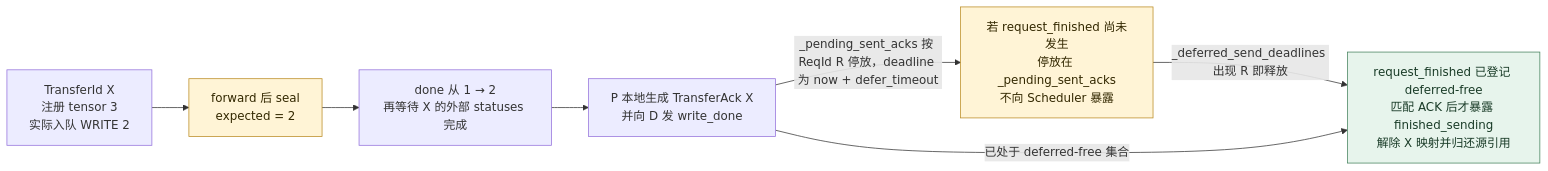
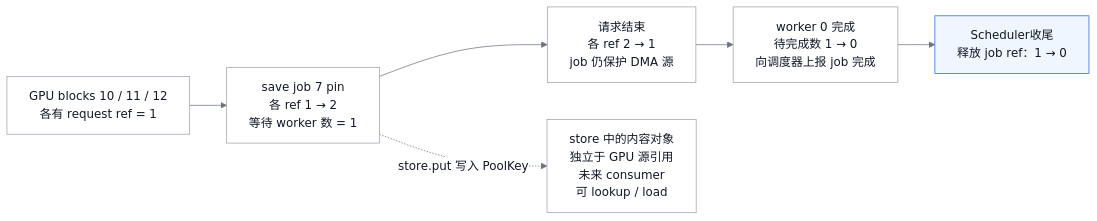
One commit to suhaibo666/llm-knowledge changed the ninth of 10 diagrams in wiki/02_engineering/03_infer_frameworks/vllm/22_vllm_disaggregated_kv_serving_analysis.md. Above: the diagram before and after it, drawn with Mermaid. The commit also changed other lines of this file and 11 other files, not shown here.

````diff
--- a/wiki/02_engineering/03_infer_frameworks/vllm/22_vllm_disaggregated_kv_serving_analysis.md
+++ b/wiki/02_engineering/03_infer_frameworks/vllm/22_vllm_disaggregated_kv_serving_analysis.md
@@ -497,17 +604,16 @@
 ```mermaid
+%%{init: {"theme":"base","themeVariables":{"primaryColor":"#ffffff","primaryTextColor":"#111827","primaryBorderColor":"#9ca3af","secondaryColor":"#f9fafb","tertiaryColor":"#f9fafb","lineColor":"#6b7280","clusterBkg":"#f9fafb","clusterBorder":"#9ca3af","edgeLabelBackground":"#ffffff","actorBkg":"#ffffff","actorBorder":"#9ca3af","actorTextColor":"#111827","actorLineColor":"#9ca3af","signalColor":"#374151","signalTextColor":"#111827","noteBkgColor":"#fff7ed","noteBorderColor":"#ea580c","noteTextColor":"#111827","labelBoxBkgColor":"#f9fafb","labelBoxBorderColor":"#9ca3af","labelTextColor":"#111827","loopTextColor":"#111827"}}}%%
 flowchart LR
-  Q["TransferId X<br/>注册 tensor 3<br/>实际入队 WRITE 2"]
-  S["forward 后 seal<br/>expected = 2"]
-  W["done 从 1 → 2<br/>再等待 X 的外部 statuses 完成"]
-  A["P 本地生成 TransferAck X<br/>并向 D 发 write_done"]
-  E["若 request_finished 尚未发生<br/>停放在 _pending_sent_acks<br/>不向 Scheduler 暴露"]
-  F["request_finished 已登记 deferred-free<br/>匹配 ACK 后才暴露 finished_sending<br/>解除 X 映射并归还源引用"]
-  Q --> S --> W --> A
-  A -->|_pending_sent_acks 按 ReqId R 停放，deadline 为 now + defer_timeout| E
-  E -->|_deferred_send_deadlines 出现 R 即释放| F
-  A -->|已处于 deferred-free 集合| F
-  classDef pending fill:#fff4d6,stroke:#ba8b21,color:#332800;
-  classDef done fill:#e7f4ec,stroke:#43815c,color:#193b27;
-  class S,E pending;
-  class F done;
+  A["GPU blocks 10 / 11 / 12<br/>各有 request ref = 1"]
+  B["save job 7 pin<br/>各 ref 1 → 2<br/>等待 worker 数 = 1"]
+  C["请求结束<br/>各 ref 2 → 1<br/>job 仍保护 DMA 源"]
+  D["worker 0 完成<br/>待完成数 1 → 0<br/>向调度器上报 job 完成"]
+  E["Scheduler收尾<br/>释放 job ref：1 → 0"]
+  O["store 中的内容对象<br/>独立于 GPU 源引用<br/>未来 consumer<br/>可 lookup / load"]
+  A --> B --> C --> D --> E
+  B -.->|store.put 写入 PoolKey| O
+  classDef held fill:#fff,stroke:#9ca3af,color:#111827;
+  classDef free fill:#eff6ff,stroke:#2563eb,color:#111827;
+  class B,C,D held;
+  class E free;
 ```
````
